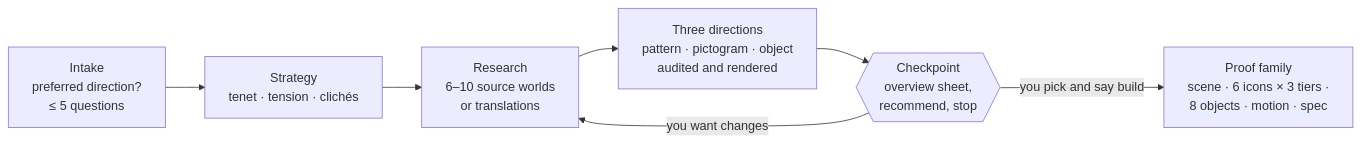
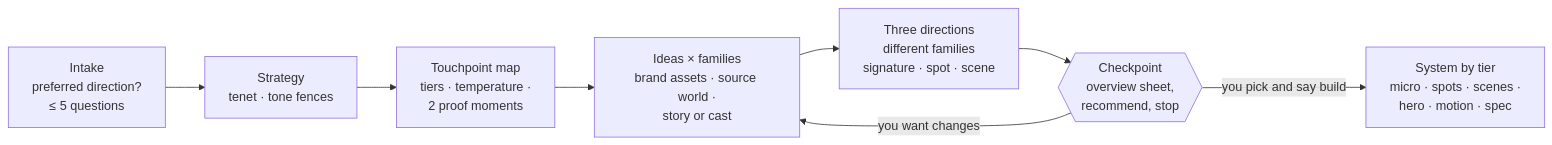
The diagram in README.md (amenolabode/brand-illustration-skill), drawn with Mermaid before and after one commit. The commit also changed other lines of this file and 18 other files, not shown here.

First line of the commit message:
Vary directions by rendering family and touchpoint

````diff
--- a/README.md
+++ b/README.md
@@ -27,9 +30,10 @@
 ```mermaid
 flowchart LR
-    A[Intake<br/>preferred direction?<br/>≤ 5 questions] --> B[Strategy<br/>tenet · tension · clichés]
-    B --> C[Research<br/>6–10 source worlds<br/>or translations]
-    C --> D[Three directions<br/>pattern · pictogram · object<br/>audited and rendered]
+    A[Intake<br/>preferred direction?<br/>≤ 5 questions] --> B[Strategy<br/>tenet · tone fences]
+    B --> T[Touchpoint map<br/>tiers · temperature ·<br/>2 proof moments]
+    T --> C[Ideas × families<br/>brand assets · source world ·<br/>story or cast]
+    C --> D[Three directions<br/>different families<br/>signature · spot · scene]
     D --> E{{Checkpoint<br/>overview sheet,<br/>recommend, stop}}
-    E -- "you pick and say build" --> F[Proof family<br/>scene · 6 icons × 3 tiers ·<br/>8 objects · motion · spec]
+    E -- "you pick and say build" --> F[System by tier<br/>micro · spots · scenes ·<br/>hero · motion · spec]
     E -- "you want changes" --> C
 ```
````
